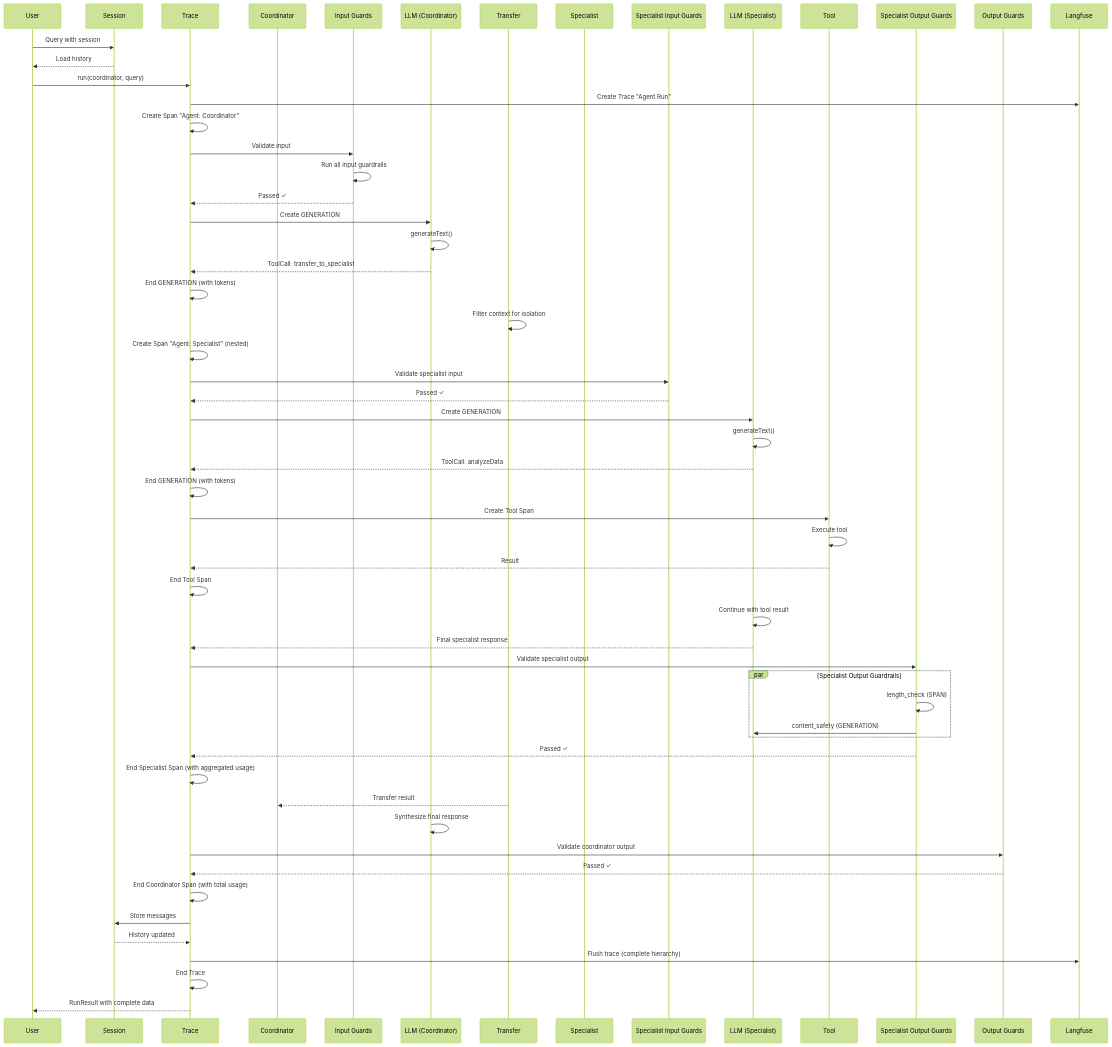
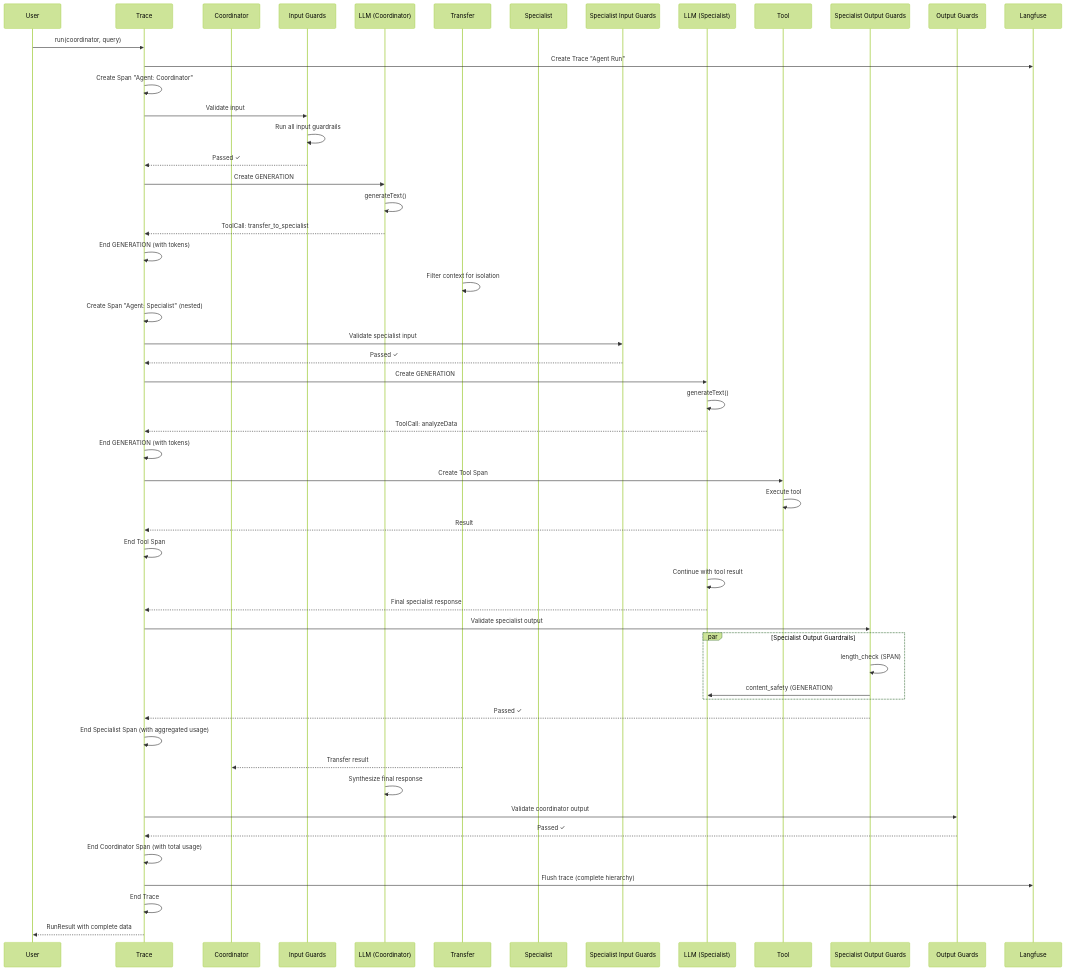
One commit to tawk/tawk-agents-sdk changed the tenth of 11 diagrams in docs/reference/FLOW_DIAGRAMS.md. Above: the diagram before and after it, drawn with Mermaid (forest theme). The commit also changed other lines of this file and 20 other files, not shown here.

````diff
--- a/docs/reference/FLOW_DIAGRAMS.md
+++ b/docs/reference/FLOW_DIAGRAMS.md
@@ -602,79 +511,72 @@
 ```mermaid
 sequenceDiagram
     participant U as User
-    participant S as Session
     participant T as Trace
     participant C as Coordinator
     participant IG as Input Guards
     participant M1 as LLM (Coordinator)
     participant TR as Transfer
     participant SP as Specialist
     participant IG2 as Specialist Input Guards
     participant M2 as LLM (Specialist)
     participant Tool as Tool
     participant OG2 as Specialist Output Guards
     participant OG as Output Guards
     participant L as Langfuse
 
-    U->>S: Query with session
-    S-->>U: Load history
-    
     U->>T: run(coordinator, query)
     T->>L: Create Trace "Agent Run"
     T->>T: Create Span "Agent: Coordinator"
-    
+
     T->>IG: Validate input
     IG->>IG: Run all input guardrails
     IG-->>T: Passed ✓
-    
+
     T->>M1: Create GENERATION
     M1->>M1: generateText()
     M1-->>T: ToolCall: transfer_to_specialist
     T->>T: End GENERATION (with tokens)
-    
+
     TR->>TR: Filter context for isolation
-    
+
     T->>T: Create Span "Agent: Specialist" (nested)
-    
+
     T->>IG2: Validate specialist input
     IG2-->>T: Passed ✓
-    
+
     T->>M2: Create GENERATION
     M2->>M2: generateText()
     M2-->>T: ToolCall: analyzeData
     T->>T: End GENERATION (with tokens)
-    
+
     T->>Tool: Create Tool Span
     Tool->>Tool: Execute tool
     Tool-->>T: Result
     T->>T: End Tool Span
-    
+
     M2->>M2: Continue with tool result
     M2-->>T: Final specialist response
-    
+
     T->>OG2: Validate specialist output
-    
+
     par Specialist Output Guardrails
         OG2->>OG2: length_check (SPAN)
         OG2->>M2: content_safety (GENERATION)
     end
-    
+
     OG2-->>T: Passed ✓
     T->>T: End Specialist Span (with aggregated usage)
-    
+
     TR-->>C: Transfer result
     M1->>M1: Synthesize final response
-    
+
     T->>OG: Validate coordinator output
     OG-->>T: Passed ✓
-    
+
     T->>T: End Coordinator Span (with total usage)
-    
-    T->>S: Store messages
-    S-->>T: History updated
-    
+
     T->>L: Flush trace (complete hierarchy)
     T->>T: End Trace
-    
+
     T-->>U: RunResult with complete data
 ```
````
